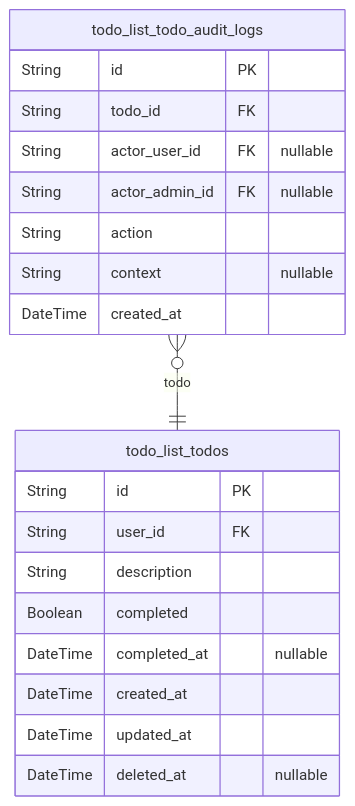
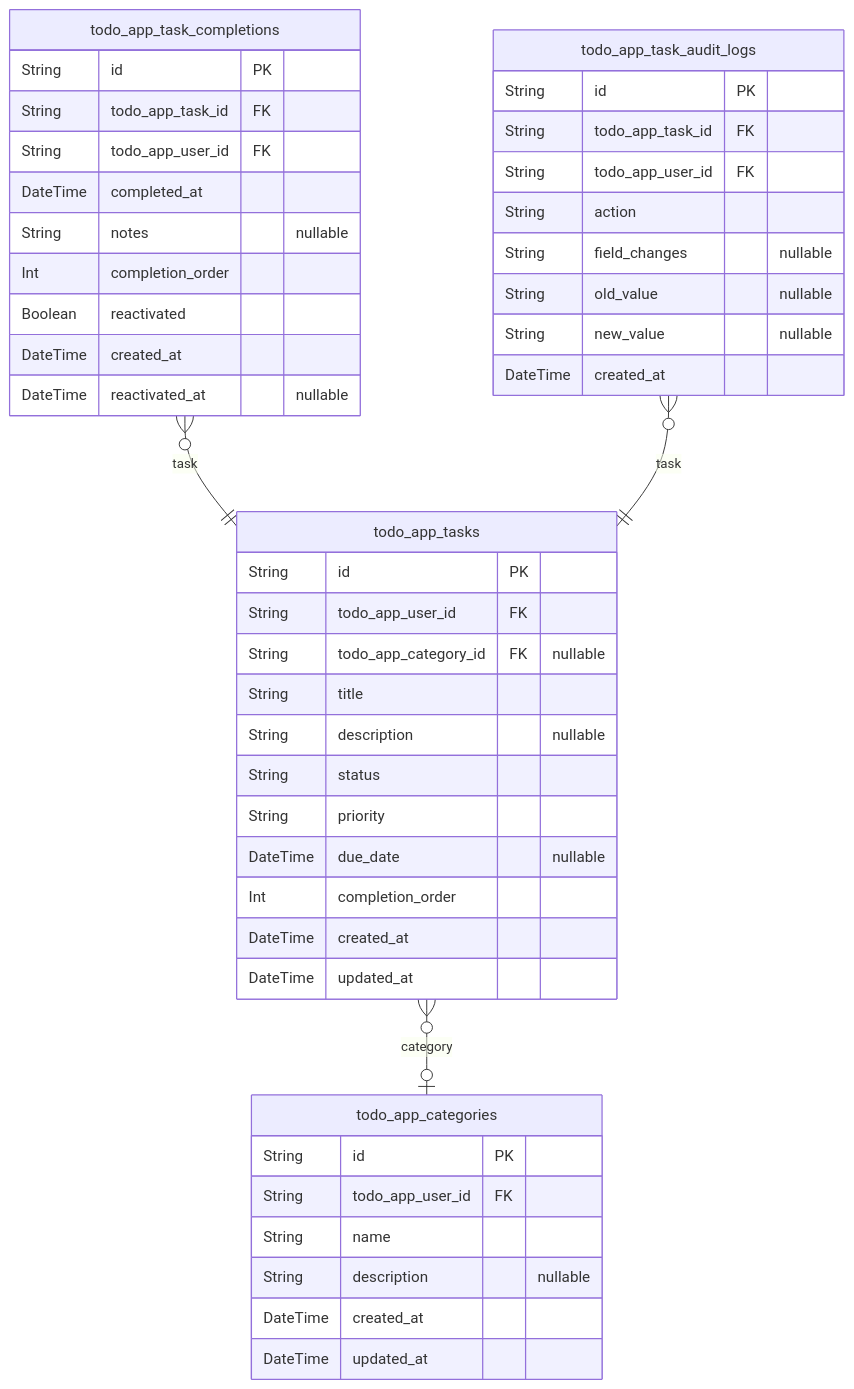
Before and after one commit to wrtnlabs/autobe-examples: the third of 4 diagrams in moonshotai/kimi-k2-0905-exacto/todo/docs/ERD.md, drawn with Mermaid. The commit also changed other lines of this file and 1725 other files, not shown here.

````diff
--- a/moonshotai/kimi-k2-0905-exacto/todo/docs/ERD.md
+++ b/moonshotai/kimi-k2-0905-exacto/todo/docs/ERD.md
@@ -201,23 +455,48 @@
 ```mermaid
 erDiagram
-"todo_list_todos" {
+"todo_app_tasks" {
   String id PK
-  String user_id FK
-  String description
-  Boolean completed
-  DateTime completed_at "nullable"
+  String todo_app_user_id FK
+  String todo_app_category_id FK "nullable"
+  String title
+  String description "nullable"
+  String status
+  String priority
+  DateTime due_date "nullable"
+  Int completion_order
   DateTime created_at
   DateTime updated_at
-  DateTime deleted_at "nullable"
 }
-"todo_list_todo_audit_logs" {
+"todo_app_categories" {
   String id PK
-  String todo_id FK
-  String actor_user_id FK "nullable"
-  String actor_admin_id FK "nullable"
+  String todo_app_user_id FK
+  String name
+  String description "nullable"
+  DateTime created_at
+  DateTime updated_at
+}
+"todo_app_task_completions" {
+  String id PK
+  String todo_app_task_id FK
+  String todo_app_user_id FK
+  DateTime completed_at
+  String notes "nullable"
+  Int completion_order
+  Boolean reactivated
+  DateTime created_at
+  DateTime reactivated_at "nullable"
+}
+"todo_app_task_audit_logs" {
+  String id PK
+  String todo_app_task_id FK
+  String todo_app_user_id FK
   String action
-  String context "nullable"
+  String field_changes "nullable"
+  String old_value "nullable"
+  String new_value "nullable"
   DateTime created_at
 }
-"todo_list_todo_audit_logs" }o--|| "todo_list_todos" : todo
+"todo_app_tasks" }o--o| "todo_app_categories" : category
+"todo_app_task_completions" }o--|| "todo_app_tasks" : task
+"todo_app_task_audit_logs" }o--|| "todo_app_tasks" : task
 ```
````
